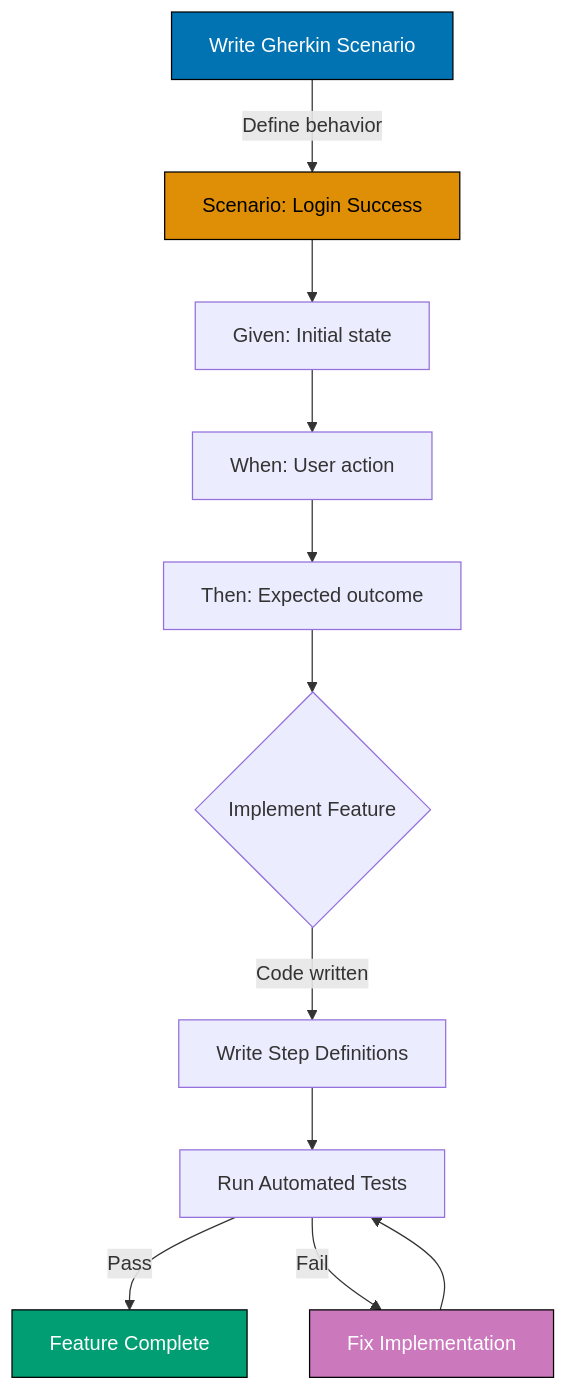
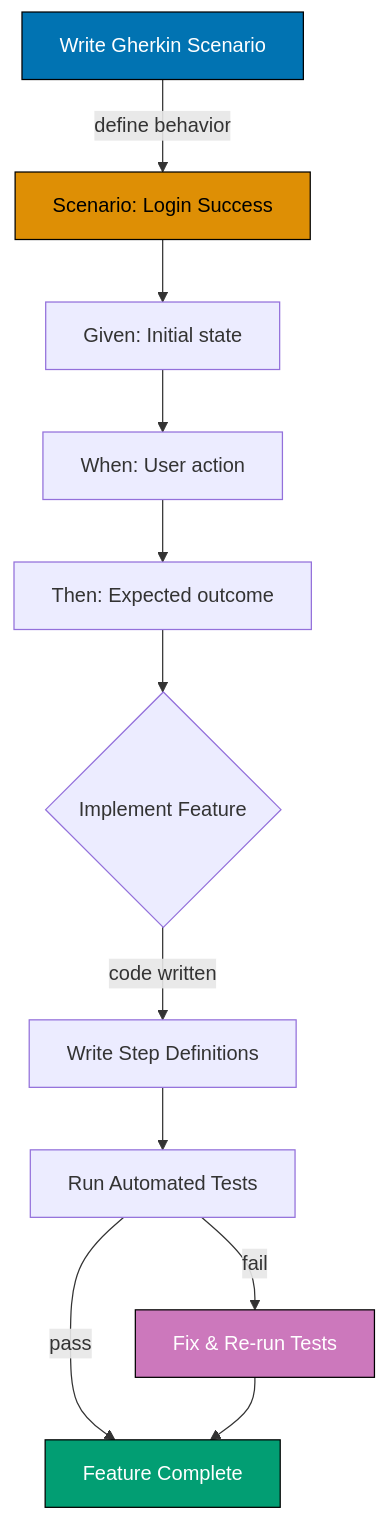
The diagram in governance/development/infra/acceptance-criteria.md (wahidyankf/open-sharia-enterprise), drawn with Mermaid before and after one commit. The commit also changed 15 other files, not shown here.

First line of the commit message:
fix(governance): fix pre-existing mermaid diagram violations in governance docs

````diff
--- a/governance/development/infra/acceptance-criteria.md
+++ b/governance/development/infra/acceptance-criteria.md
@@ -460,18 +460,18 @@
 ```mermaid
 graph TD
- A[Write Gherkin Scenario] -->|Define behavior| B[Scenario: Login Success]
+ A[Write Gherkin Scenario] -- define behavior --> B[Scenario: Login Success]
  B --> C[Given: Initial state]
  C --> D[When: User action]
  D --> E[Then: Expected outcome]
  E --> F{Implement Feature}
- F -->|Code written| G[Write Step Definitions]
+ F -- code written --> G[Write Step Definitions]
  G --> H[Run Automated Tests]
- H -->|Pass| I[Feature Complete ]
- H -->|Fail| J[Fix Implementation]
- J --> H
+ H -- pass --> I[Feature Complete]
+ H -- fail --> J[Fix & Re-run Tests]
+ J --> I
 
  style A fill:#0173B2,stroke:#000,color:#fff
  style B fill:#DE8F05,stroke:#000,color:#000
  style I fill:#029E73,stroke:#000,color:#fff
  style J fill:#CC78BC,stroke:#000,color:#fff
 ```
````
